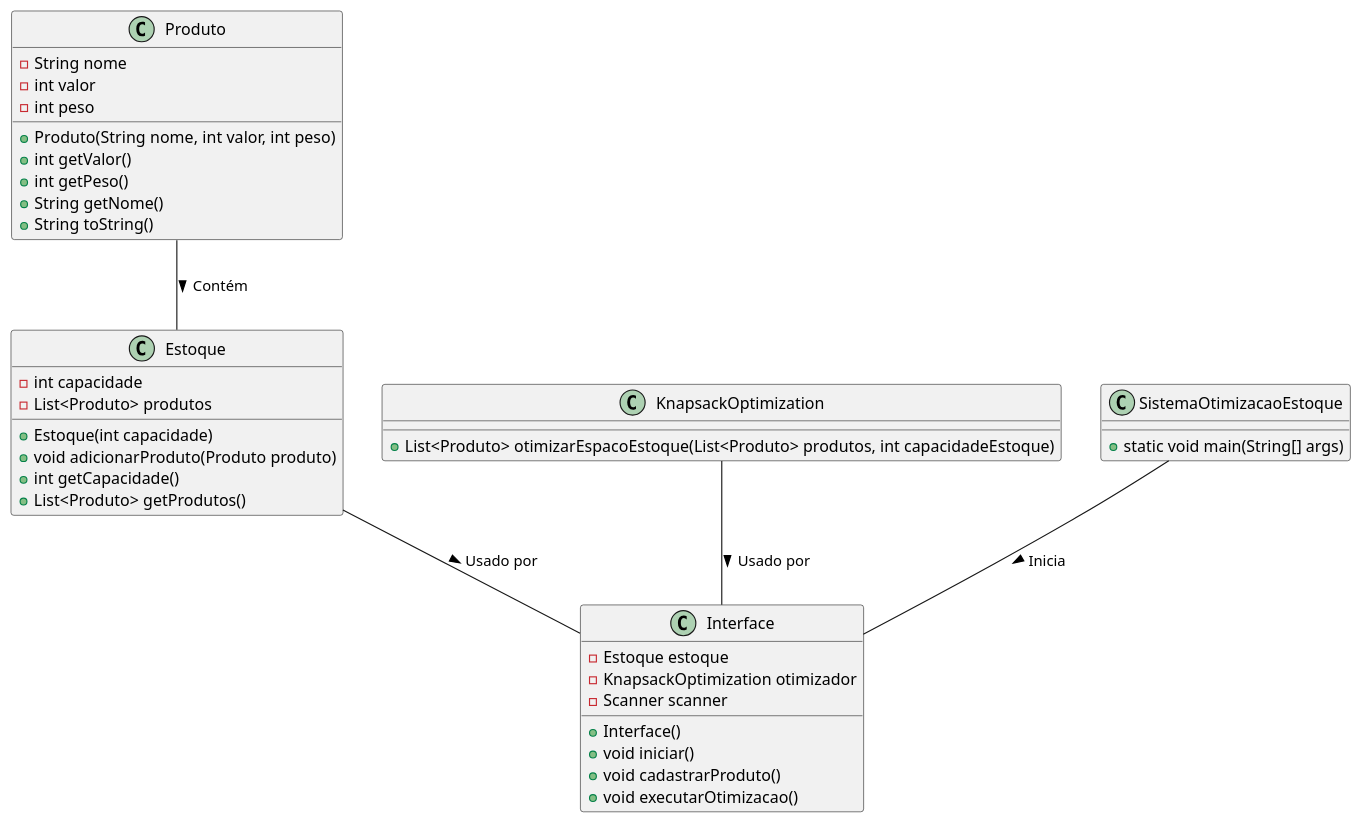
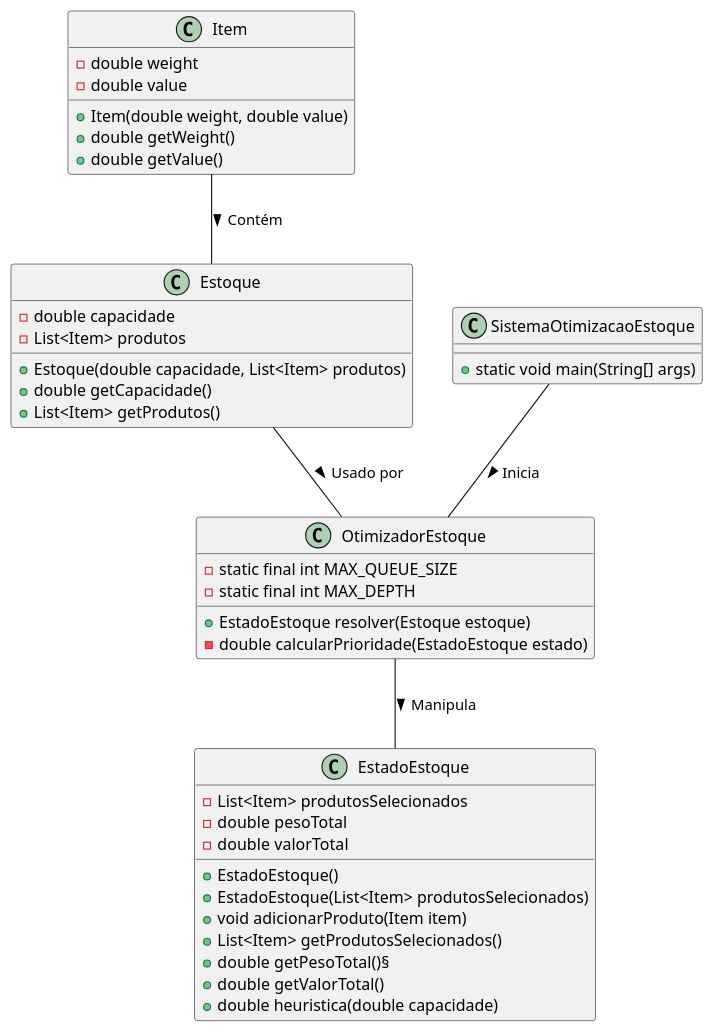
One commit to Eduardathais/projetoextra changed the diagram in KnapsackOptimization.puml. Above: the diagram before and after it, drawn with PlantUML. The commit also changed 9 other files, not shown here.

```diff
--- a/KnapsackOptimization.puml
+++ b/KnapsackOptimization.puml
@@ -1,52 +1,54 @@
 @startuml
 
-' Classe otimizaEstoque.Produto
-class Produto {
-    - String nome
-    - int valor
-    - int peso
-    + Produto(String nome, int valor, int peso)
-    + int getValor()
-    + int getPeso()
-    + String getNome()
-    + String toString()
+' Classe Item (Produto)
+class Item {
+    - double weight
+    - double value
+    + Item(double weight, double value)
+    + double getWeight()
+    + double getValue()
 }
 
-' Classe otimizaEstoque.Estoque
+' Classe Estoque
 class Estoque {
-    - int capacidade
-    - List<Produto> produtos
-    + Estoque(int capacidade)
-    + void adicionarProduto(Produto produto)
-    + int getCapacidade()
-    + List<Produto> getProdutos()
+    - double capacidade
+    - List<Item> produtos
+    + Estoque(double capacidade, List<Item> produtos)
+    + double getCapacidade()
+    + List<Item> getProdutos()
 }
 
-' Classe otimizaEstoque.KnapsackOptimization
-class KnapsackOptimization {
-    + List<Produto> otimizarEspacoEstoque(List<Produto> produtos, int capacidadeEstoque)
+' Classe EstadoEstoque (KnapsackState)
+class EstadoEstoque {
+    - List<Item> produtosSelecionados
+    - double pesoTotal
+    - double valorTotal
+    + EstadoEstoque()
+    + EstadoEstoque(List<Item> produtosSelecionados)
+    + void adicionarProduto(Item item)
+    + List<Item> getProdutosSelecionados()
+    + double getPesoTotal()§
+    + double getValorTotal()
+    + double heuristica(double capacidade)
 }
 
-' Classe otimizaEstoque.Interface
-class Interface {
-    - Estoque estoque
-    - KnapsackOptimization otimizador
-    - Scanner scanner
-    + Interface()
-    + void iniciar()
-    + void cadastrarProduto()
-    + void executarOtimizacao()
+' Classe OtimizadorEstoque (KnapsackSolver)
+class OtimizadorEstoque {
+    - static final int MAX_QUEUE_SIZE
+    - static final int MAX_DEPTH
+    + EstadoEstoque resolver(Estoque estoque)
+    - double calcularPrioridade(EstadoEstoque estado)
 }
 
-' Classe otimizaEstoque.SistemaOtimizacaoEstoque
+' Classe SistemaOtimizacaoEstoque
 class SistemaOtimizacaoEstoque {
     + static void main(String[] args)
 }
 
 ' Relacionamentos
-Produto -- Estoque : Contém >
-Estoque -- Interface : Usado por >
-KnapsackOptimization -- Interface : Usado por >
-SistemaOtimizacaoEstoque -- Interface : Inicia >
+Item -- Estoque : Contém >
+Estoque -- OtimizadorEstoque : Usado por >
+OtimizadorEstoque -- EstadoEstoque : Manipula >
+SistemaOtimizacaoEstoque -- OtimizadorEstoque : Inicia >
 
 @enduml
```
